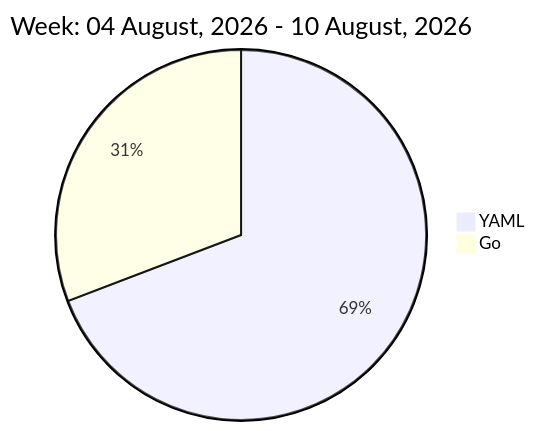
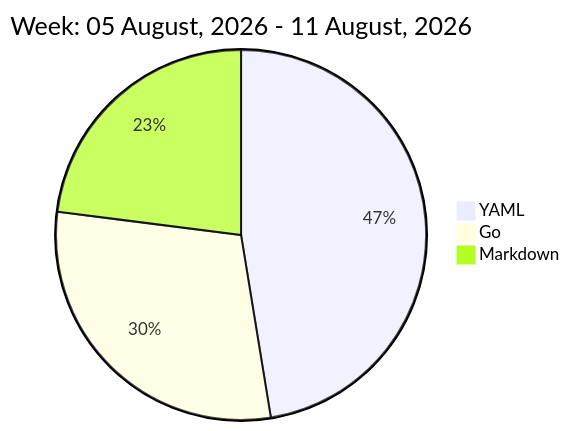
One commit to liubin95/liubin95 changed the diagram in README.md. Above: the diagram before and after it, drawn with Mermaid.

Commit message:
Updated the Graph with new Metrics

````diff
--- a/README.md
+++ b/README.md
@@ -32,6 +32,7 @@
 ```mermaid
  pie
-title Week: 04 August, 2026 - 10 August, 2026
- "YAML" : 5.73
- "Go" : 2.55
+title Week: 05 August, 2026 - 11 August, 2026
+ "YAML" : 4.6
+ "Go" : 2.87
+ "Markdown" : 2.23
 ```
````
